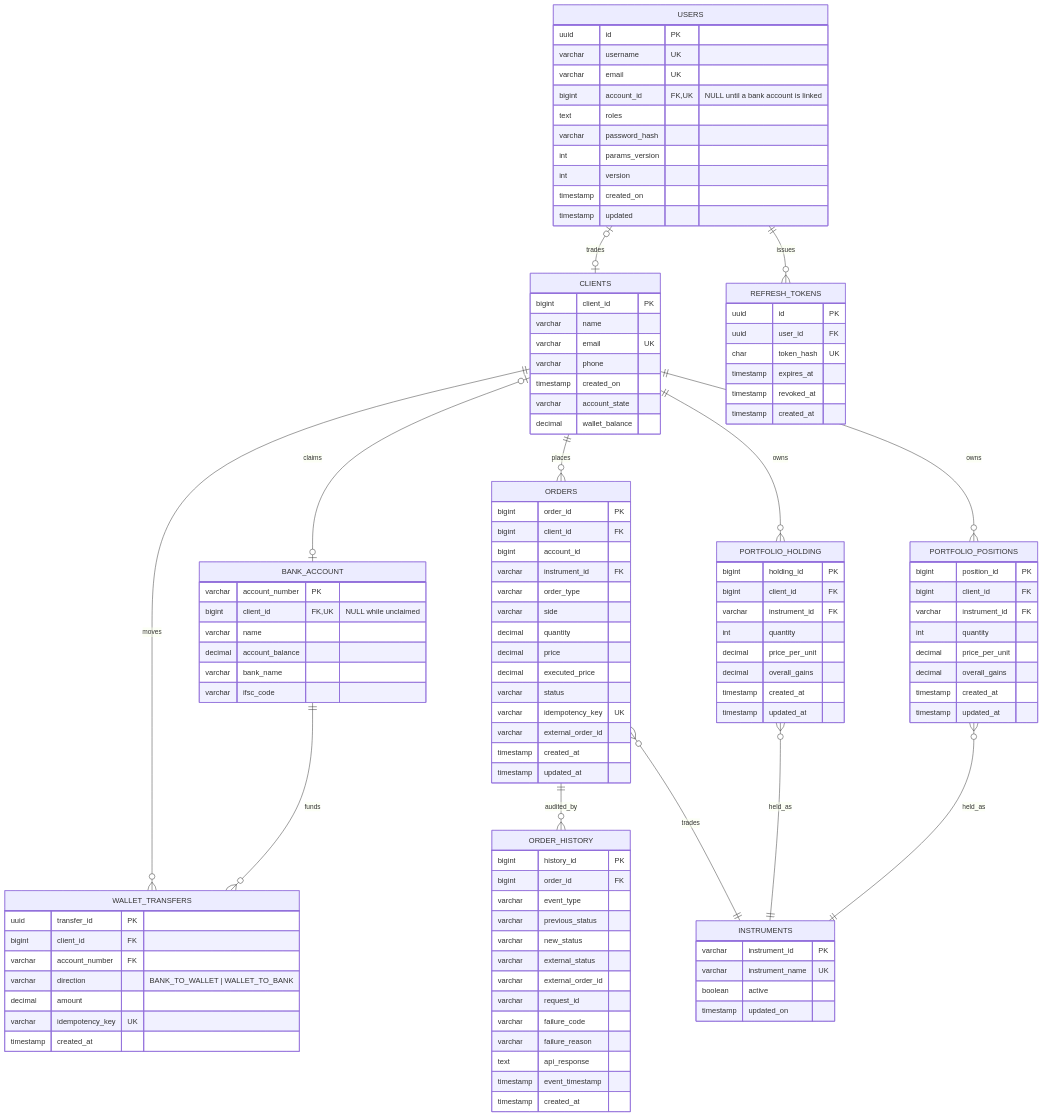
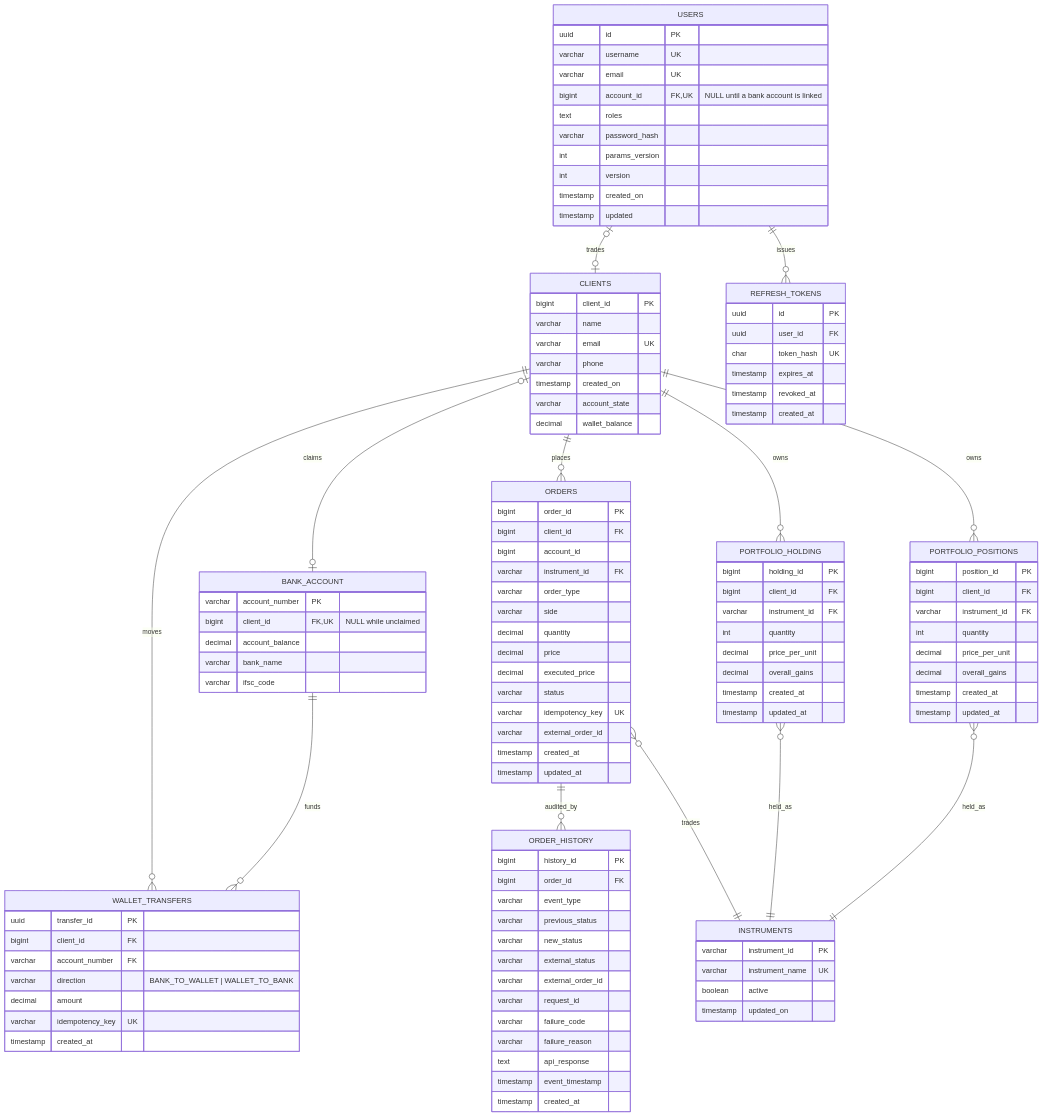
One commit to Neueda-Learning/Chennai-capstone-SE3-Team1 changed the diagram in docs/erd.mmd. Above: the diagram before and after it, drawn with Mermaid. The commit also changed 26 other files, not shown here.

```diff
--- a/docs/erd.mmd
+++ b/docs/erd.mmd
@@ -1,119 +1,118 @@
 erDiagram
     %% USERS and REFRESH_TOKENS live in the auth_db schema (018_users_to_auth_db_schema.sql);
     %% every other table here is in public.
     BANK_ACCOUNT {
         varchar   account_number  PK
         bigint    client_id       FK,UK "NULL while unclaimed"
-        varchar   name
         decimal   account_balance
         varchar   bank_name
         varchar   ifsc_code
     }
     CLIENTS {
         bigint    client_id       PK
         varchar   name
         varchar   email           UK
         varchar   phone
         timestamp created_on
         varchar   account_state
         decimal   wallet_balance
     }
     WALLET_TRANSFERS {
         uuid      transfer_id     PK
         bigint    client_id       FK
         varchar   account_number  FK
         varchar   direction       "BANK_TO_WALLET | WALLET_TO_BANK"
         decimal   amount
         varchar   idempotency_key UK
         timestamp created_at
     }
     USERS {
         uuid      id              PK
         varchar   username        UK
         varchar   email           UK
         bigint    account_id      FK,UK "NULL until a bank account is linked"
         text      roles
         varchar   password_hash
         int       params_version
         int       version
         timestamp created_on
         timestamp updated
     }
     REFRESH_TOKENS {
         uuid      id              PK
         uuid      user_id         FK
         char      token_hash      UK
         timestamp expires_at
         timestamp revoked_at
         timestamp created_at
     }
     INSTRUMENTS {
         varchar   instrument_id   PK
         varchar   instrument_name UK
         boolean   active
         timestamp updated_on
     }
     ORDERS {
         bigint    order_id          PK
         bigint    client_id         FK
         bigint    account_id
         varchar   instrument_id     FK
         varchar   order_type
         varchar   side
         decimal   quantity
         decimal   price
         decimal   executed_price
         varchar   status
         varchar   idempotency_key   UK
         varchar   external_order_id
         timestamp created_at
         timestamp updated_at
     }
     ORDER_HISTORY {
         bigint    history_id        PK
         bigint    order_id          FK
         varchar   event_type
         varchar   previous_status
         varchar   new_status
         varchar   external_status
         varchar   external_order_id
         varchar   request_id
         varchar   failure_code
         varchar   failure_reason
         text      api_response
         timestamp event_timestamp
         timestamp created_at
     }
     PORTFOLIO_HOLDING {
         bigint    holding_id      PK
         bigint    client_id       FK
         varchar   instrument_id   FK
         int       quantity
         decimal   price_per_unit
         decimal   overall_gains
         timestamp created_at
         timestamp updated_at
     }
     PORTFOLIO_POSITIONS {
         bigint    position_id     PK
         bigint    client_id       FK
         varchar   instrument_id   FK
         int       quantity
         decimal   price_per_unit
         decimal   overall_gains
         timestamp created_at
         timestamp updated_at
     }
 
     CLIENTS              |o--o| BANK_ACCOUNT        : claims
     USERS                |o--o| CLIENTS             : trades
     USERS                ||--o{ REFRESH_TOKENS      : issues
     CLIENTS              ||--o{ WALLET_TRANSFERS    : moves
     BANK_ACCOUNT         ||--o{ WALLET_TRANSFERS    : funds
     CLIENTS              ||--o{ ORDERS              : places
     ORDERS               ||--o{ ORDER_HISTORY       : audited_by
     ORDERS               }o--|| INSTRUMENTS         : trades
     CLIENTS              ||--o{ PORTFOLIO_HOLDING   : owns
     CLIENTS              ||--o{ PORTFOLIO_POSITIONS : owns
     PORTFOLIO_HOLDING    }o--|| INSTRUMENTS         : held_as
     PORTFOLIO_POSITIONS  }o--|| INSTRUMENTS         : held_as
```
